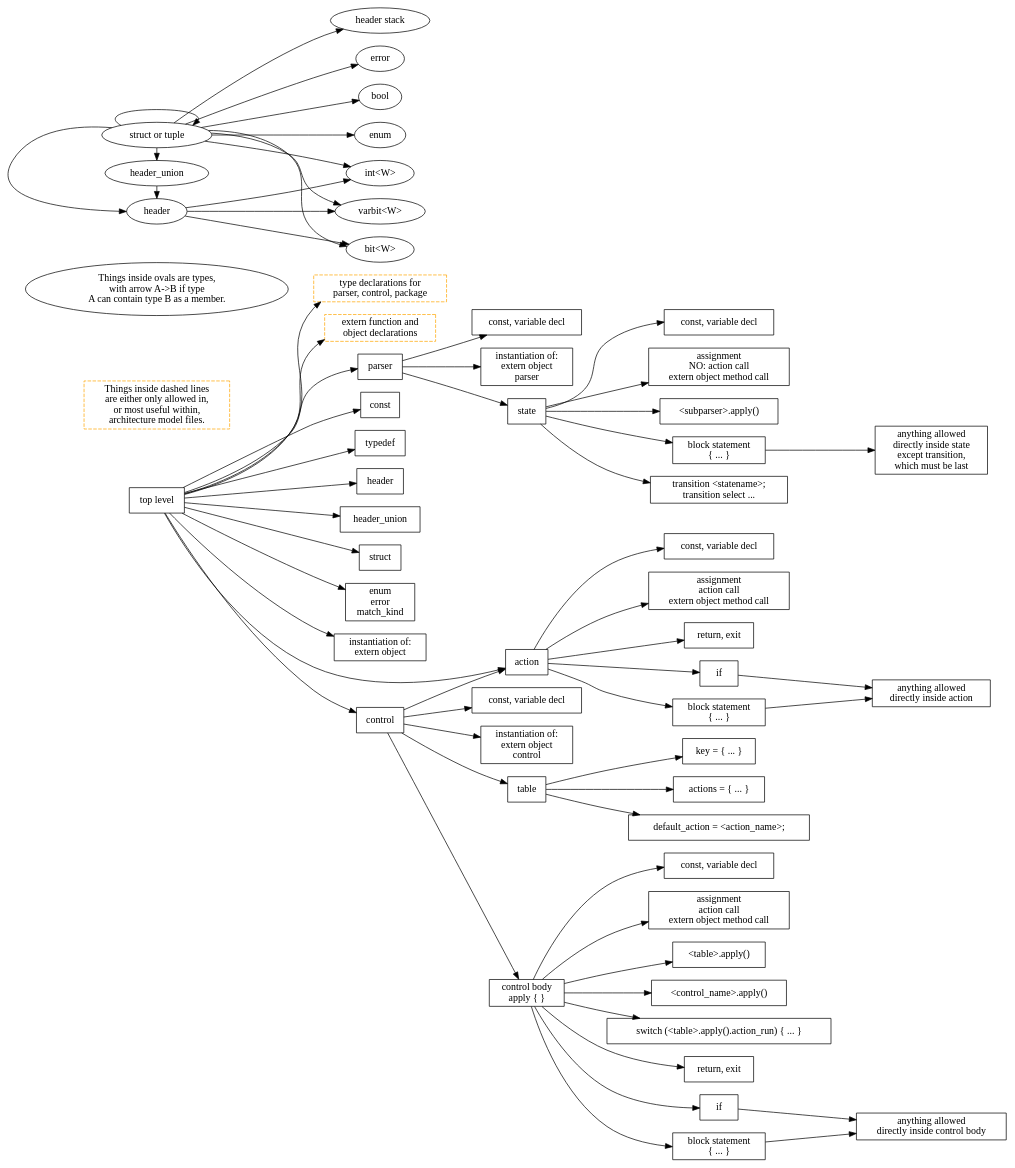
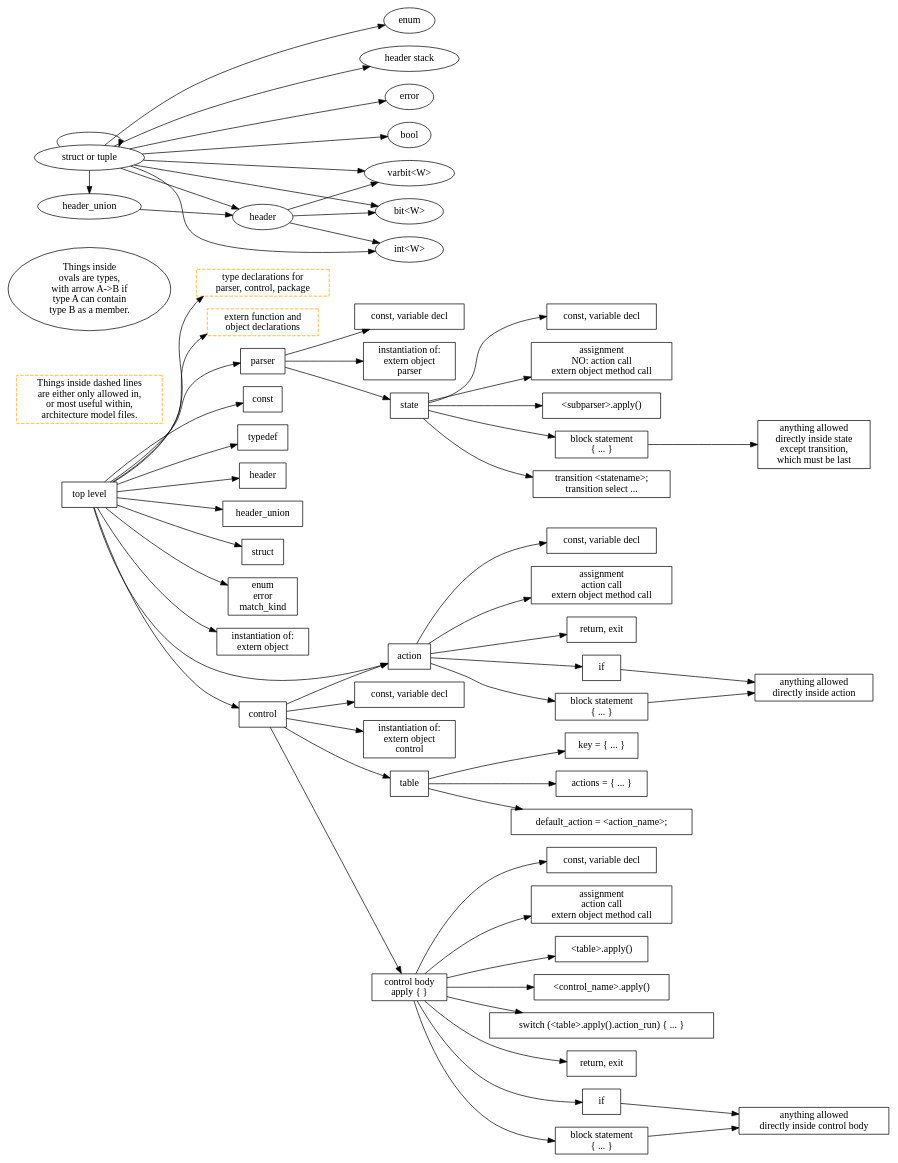
The diagram in p4-16-allowed-constructs.dot (jafingerhut/p4-guide), drawn with Graphviz before and after one commit. The commit also changed 2 other files, not shown here.

Commit message:
Rearrange some nodes for container types to flow better

```diff
--- a/p4-16-allowed-constructs.dot
+++ b/p4-16-allowed-constructs.dot
@@ -1,149 +1,153 @@
 digraph p4_16_allowed_construct_nesting {
 
     node [shape=box];
     rankdir=LR;
     
     toplevel [label="top level"];
     legend_bold_orange_box [label="Things inside dashed lines\nare either only allowed in,\nor most useful within,\narchitecture model files." style=dashed color=orange];
 
     toplevel -> typeDeclaration;
     typeDeclaration [label="type declarations for\nparser, control, package" style=dashed color=orange];
     toplevel -> externDeclaration;
     externDeclaration [label="extern function and\n object declarations" style=dashed color=orange];
     toplevel -> parserDeclaration;
     parserDeclaration [label="parser"];
     toplevel -> constantDeclaration1;
     constantDeclaration1 [label="const"];
     toplevel -> typedefDeclaration;
     typedefDeclaration [label="typedef"];
     toplevel -> headerTypeDeclaration;
     headerTypeDeclaration [label="header"];
     toplevel -> headerUnionDeclaration;
     headerUnionDeclaration [label="header_union"];
     toplevel -> structTypeDeclaration;
     structTypeDeclaration [label="struct"];
     toplevel -> enumErrorMatchKindDeclaration;
     enumErrorMatchKindDeclaration [label="enum\nerror\nmatch_kind"];
     toplevel -> Instantiation;
     Instantiation [label="instantiation of:\nextern object"];
     toplevel -> actionDeclaration;
     actionDeclaration [label="action"];
     toplevel -> controlDeclaration;
     controlDeclaration [label="control"];
 
     // this is 'parser <name> (<parameters>) { ... }'
     parserDeclaration -> constantOrVariableDeclaration2;
     constantOrVariableDeclaration2 [label="const, variable decl"];
     parserDeclaration -> Instantiation2;
     Instantiation2 [label="instantiation of:\nextern object\nparser"];
     parserDeclaration -> parserState;
 
     parserState [label="state"];
     parserState -> constantOrVariableDeclaration3;
     constantOrVariableDeclaration3 [label="const, variable decl"];
     parserState -> assignmentActionMethodCallStatement3;
     assignmentActionMethodCallStatement3 [label="assignment\nNO: action call\nextern object method call"];
     parserState -> parserApplyCallStatement3;
     parserApplyCallStatement3 [label="<subparser>.apply()"];
     parserState -> blockStatement3;
     blockStatement3 [label="block statement\n{ ... }"];
     blockStatement3 -> blockStatementInParserState;
     blockStatementInParserState [label="anything allowed\ndirectly inside state\nexcept transition,\nwhich must be last"];
     parserState -> transitionStatement;
     transitionStatement [label="transition <statename>;\ntransition select ..."];
 
     controlDeclaration -> constantOrVariableDeclaration4;
     constantOrVariableDeclaration4 [label="const, variable decl"];
     controlDeclaration -> Instantiation4;
     Instantiation4 [label="instantiation of:\nextern object\ncontrol"];
     controlDeclaration -> actionDeclaration;
     controlDeclaration -> tableDeclaration;
     controlDeclaration -> controlBody;
     controlBody [label="control body\napply { }"];
 
     tableDeclaration [label="table"];
     tableDeclaration -> tablePropertyKey;
     tablePropertyKey [label="key = { ... }"];
     tableDeclaration -> tablePropertyActions;
     tablePropertyActions [label="actions = { ... }"];
     tableDeclaration -> tablePropertyDefaultAction;
     tablePropertyDefaultAction [label="default_action = <action_name>;"];
 
     actionDeclaration -> constantOrVariableDeclaration5;
     constantOrVariableDeclaration5 [label="const, variable decl"];
     actionDeclaration -> assignmentActionMethodCallStatement5;
     assignmentActionMethodCallStatement5 [label="assignment\naction call\nextern object method call"];
     actionDeclaration -> returnOrExitStatement5;
     returnOrExitStatement5 [label="return, exit"];
     actionDeclaration -> conditionalStatement5;
     conditionalStatement5 [label="if"];
     conditionalStatement5 -> blockStatementInActionDeclaration;
     actionDeclaration -> blockStatement5;
     blockStatement5 [label="block statement\n{ ... }"];
     blockStatement5 -> blockStatementInActionDeclaration;
     blockStatementInActionDeclaration [label="anything allowed\ndirectly inside action"];
 
     // I am making up actionCallStatement.  It might most closely
     // correspond in P4_16 grammar to assignmentOrMethodCallStatement.
     //actionCallStatement
 
     controlBody -> constantOrVariableDeclaration6;
     constantOrVariableDeclaration6 [label="const, variable decl"];
     controlBody -> assignmentActionMethodCallStatement6;
     assignmentActionMethodCallStatement6 [label="assignment\naction call\nextern object method call"];
     controlBody -> tableApplyCall6;
     tableApplyCall6 [label="<table>.apply()"];
     controlBody -> controlCallStatement6;
     controlCallStatement6 [label="<control_name>.apply()"];
     controlBody -> switchStatement6;
     switchStatement6 [label="switch (<table>.apply().action_run) { ... }"];
     controlBody -> returnOrExitStatement6;
     returnOrExitStatement6 [label="return, exit"];
     controlBody -> conditionalStatement6;
     conditionalStatement6 [label="if"];
     conditionalStatement6 -> blockStatementInControlBody;
     controlBody -> blockStatement6;
     blockStatement6 [label="block statement\n{ ... }"];
     blockStatement6 -> blockStatementInControlBody;
     blockStatementInControlBody [label="anything allowed\ndirectly inside control body"];
 
 
-    legend_oval [label="Things inside ovals are types,\nwith arrow A->B if type\nA can contain type B as a member." shape=oval];
+    legend_oval [label="Things inside\novals are types,\nwith arrow A->B if\ntype A can contain\ntype B as a member." shape=oval];
+
+    {
+    rank=same;
+    containerStructOrTuple [shape=oval label="struct or tuple"];
+    //containerStruct [shape=oval label="struct"];
+    //containerTuple [shape=oval label="tuple"];
+    containerHeaderUnion [shape=oval label="header_union"];
+    }
 
     {
     rank=same;
     containerHeader [shape=oval label="header"];
-    containerHeaderUnion [shape=oval label="header_union"];
-    containerStructOrTuple [shape=oval label="struct or tuple"];
-    //containerStruct [shape=oval label="struct"];
-    //containerTuple [shape=oval label="tuple"];
     }
 
     {
     rank=same;
     elementBitW [shape=oval label="bit<W>"];
     elementIntW [shape=oval label="int<W>"];
     elementVarbitW [shape=oval label="varbit<W>"];
     elementError [shape=oval label="error"];
     elementBool [shape=oval label="bool"];
     elementEnum [shape=oval label="enum"];
     elementHeaderStack [shape=oval label="header stack"];
     }
 
     containerHeader -> elementBitW;
     containerHeader -> elementIntW;
     containerHeader -> elementVarbitW;
 
     containerHeaderUnion -> containerHeader;
 
     containerStructOrTuple -> elementBitW;
     containerStructOrTuple -> elementIntW;
     containerStructOrTuple -> elementVarbitW;
     containerStructOrTuple -> elementError;
     containerStructOrTuple -> elementBool;
     containerStructOrTuple -> elementEnum;
     containerStructOrTuple -> containerHeader;
     containerStructOrTuple -> containerHeaderUnion;
     containerStructOrTuple -> elementHeaderStack;
     containerStructOrTuple -> containerStructOrTuple;
 }
```
